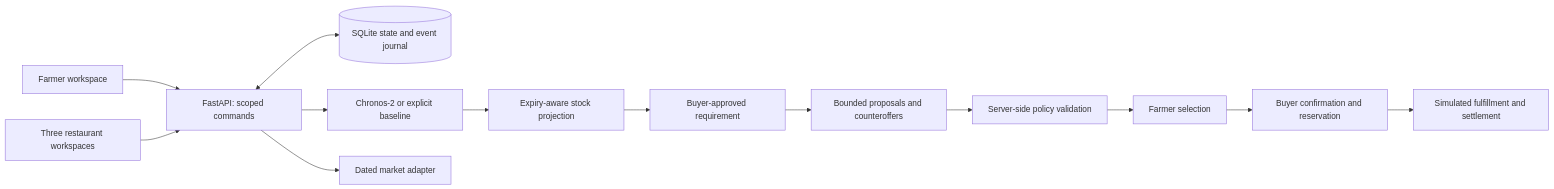
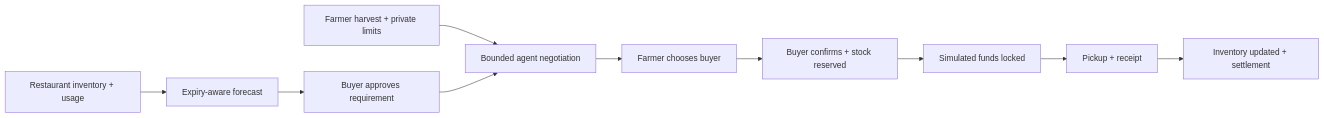
The first of 2 diagrams in README.md (Preethesh16/HarvestLink), drawn with Mermaid before and after one commit. The commit also changed other lines of this file and 26 other files, not shown here.

````diff
--- a/README.md
+++ b/README.md
@@ -141,15 +45,12 @@
 ```mermaid
 flowchart LR
-    Farmer[Farmer workspace] --> API[FastAPI: scoped commands]
-    Buyers[Three restaurant workspaces] --> API
-    API <--> DB[(SQLite state and event journal)]
-    API --> Forecast[Chronos-2 or explicit baseline]
-    Forecast --> Inventory[Expiry-aware stock projection]
-    Inventory --> Request[Buyer-approved requirement]
-    Request --> Negotiation[Bounded proposals and counteroffers]
-    Negotiation --> Validate[Server-side policy validation]
-    Validate --> Choice[Farmer selection]
-    Choice --> Confirm[Buyer confirmation and reservation]
-    Confirm --> Order[Simulated fulfillment and settlement]
-    API --> Market[Dated market adapter]
+    A[Restaurant inventory + usage] --> B[Expiry-aware forecast]
+    B --> C[Buyer approves requirement]
+    D[Farmer harvest + private limits] --> E[Bounded agent negotiation]
+    C --> E
+    E --> F[Farmer chooses buyer]
+    F --> G[Buyer confirms + stock reserved]
+    G --> H[Simulated funds locked]
+    H --> I[Pickup + receipt]
+    I --> J[Inventory updated + settlement]
 ```
````
